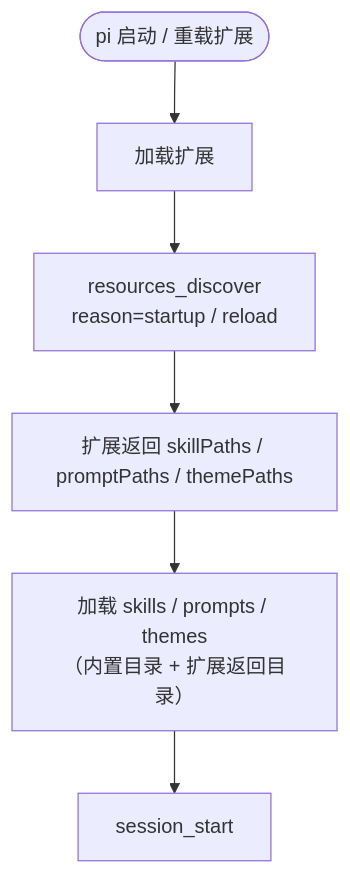
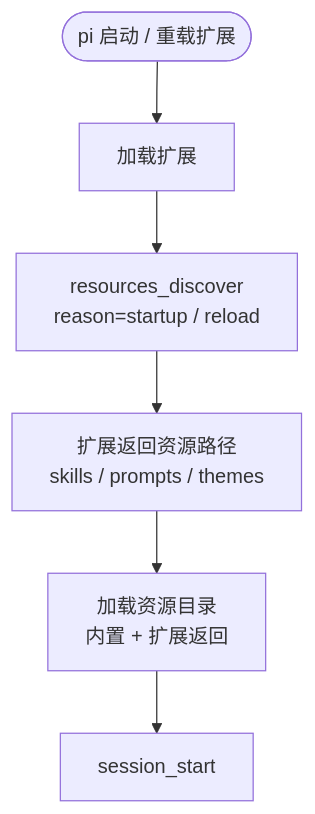
The diagram in docs/posts/pi-agent/12-hellopi-resources-discover.md (kunge2013/kunge2013.github.io), drawn with Mermaid before and after one commit. The commit also changed 9 other files, not shown here.

First line of the commit message:
fix: 修复 mermaid 流程图中文标签溢出裁切

````diff
--- a/docs/posts/pi-agent/12-hellopi-resources-discover.md
+++ b/docs/posts/pi-agent/12-hellopi-resources-discover.md
@@ -25,8 +25,8 @@
 ```mermaid
 flowchart TD
     A(["pi 启动 / 重载扩展"]) --> B["加载扩展"]
     B --> C["resources_discover<br/>reason=startup / reload"]
-    C --> D["扩展返回 skillPaths / promptPaths / themePaths"]
-    D --> E["加载 skills / prompts / themes<br/>（内置目录 + 扩展返回目录）"]
+    C --> D["扩展返回资源路径<br/>skills / prompts / themes"]
+    D --> E["加载资源目录<br/>内置 + 扩展返回"]
     E --> F["session_start"]
 ```
````
